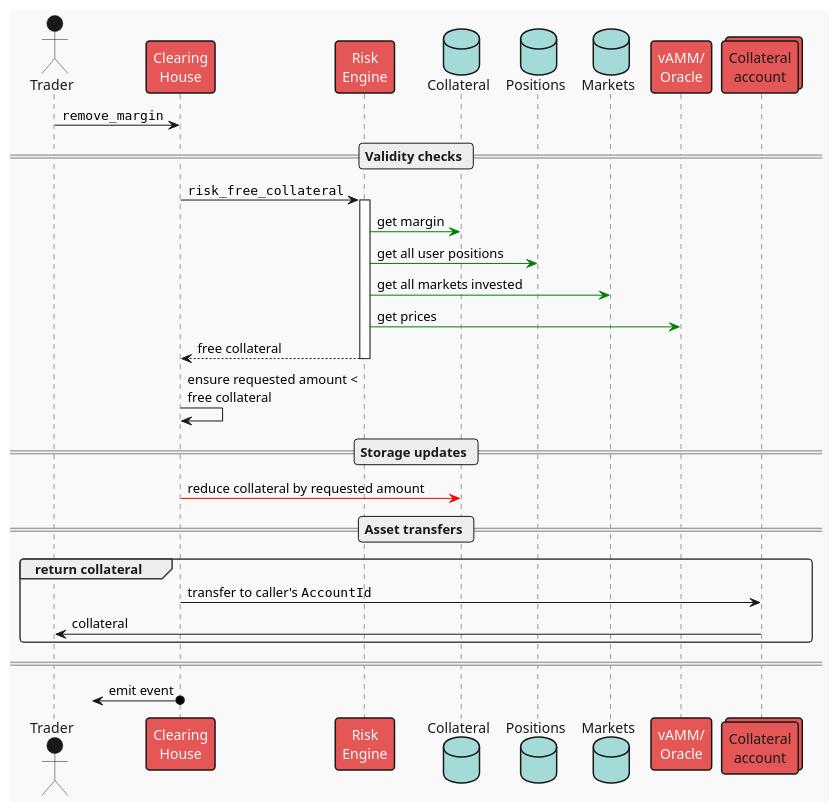
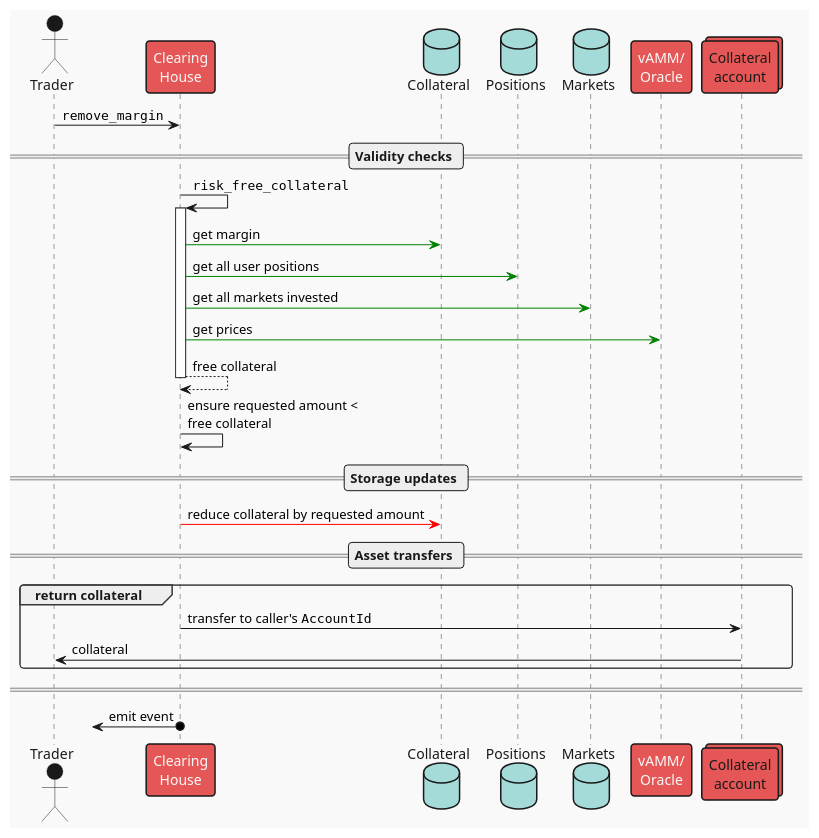
The diagram in clearing-house/diagrams/remove-margin.plantuml (escher-exchange/escher), drawn with PlantUML before and after one commit. The commit also changed 2 other files, not shown here.

Commit message:
docs(CH): remove nonexistent traits from diagrams

```diff
--- a/clearing-house/diagrams/remove-margin.plantuml
+++ b/clearing-house/diagrams/remove-margin.plantuml
@@ -1,40 +1,39 @@
 @startuml remove_margin
 !theme mars
 
 actor "Trader" as user
 participant "Clearing\nHouse" as ch
-participant "Risk\nEngine" as risk
 database "Collateral" as accs
 database "Positions" as positions
 database "Markets" as mkts
 participant "vAMM/\nOracle" as price
 collections "Collateral\naccount" as vault
 
 user -> ch : ""remove_margin""
 
 == Validity checks ==
 
-ch -> risk ++: ""risk_free_collateral""
-    risk -[#green]> accs : get margin
-    risk -[#green]> positions : get all user positions
-    risk -[#green]> mkts : get all markets invested
-    risk -[#green]> price : get prices
+ch -> ch ++: ""risk_free_collateral""
+    ch -[#green]> accs : get margin
+    ch -[#green]> positions : get all user positions
+    ch -[#green]> mkts : get all markets invested
+    ch -[#green]> price : get prices
 return free collateral
 
 ch -> ch: ensure requested amount <\nfree collateral
 
 == Storage updates ==
 
 ch -[#red]> accs : reduce collateral by requested amount
 
 == Asset transfers ==
 
 group return collateral
 ch -> vault : transfer to caller's ""AccountId""
 vault -> user : collateral
 end
 
 ====
 
 ?<-o ch : emit event
 @enduml
```
